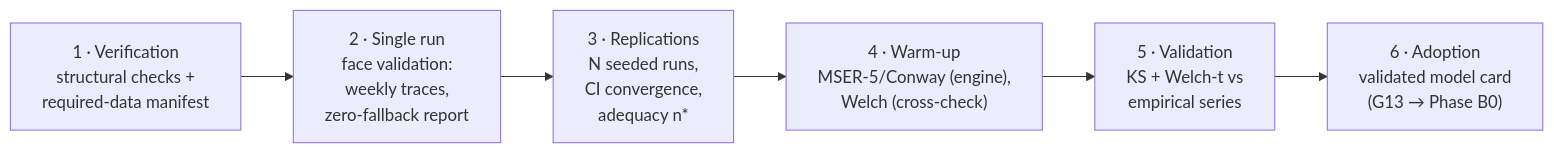
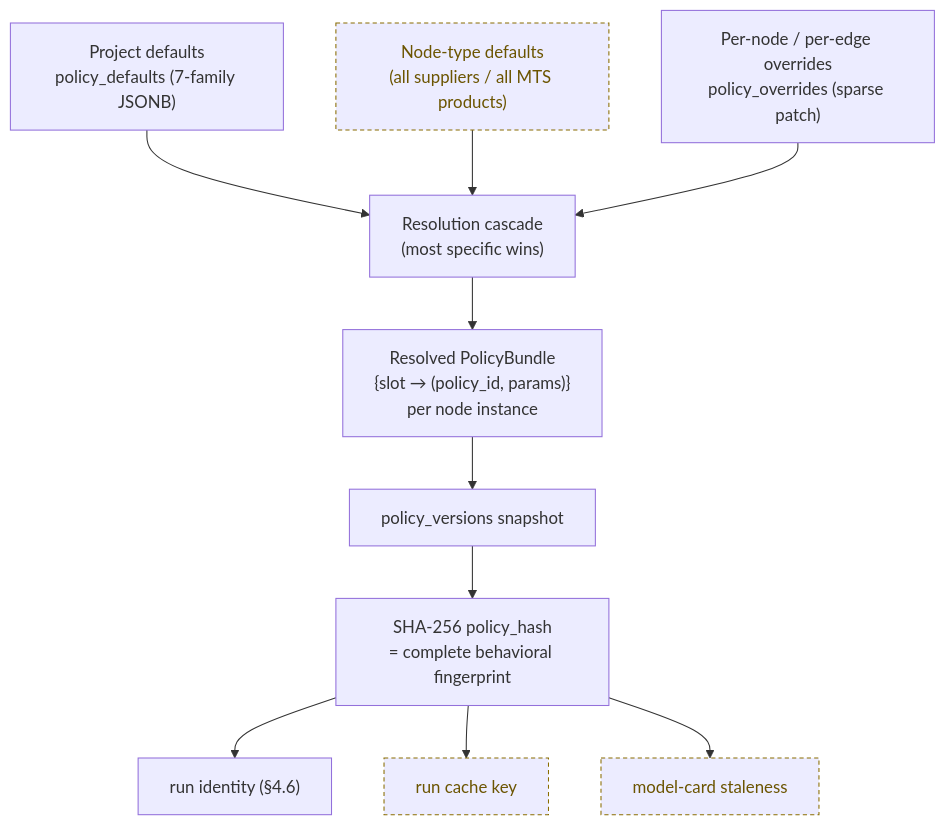
The eighth of 14 diagrams in docs/design/platform-architecture-report.md (suresuite/suresuite-v001-3-f6699a5b), drawn with Mermaid before and after one commit. The commit also changed other lines of this file, not shown here.

````diff
--- a/docs/design/platform-architecture-report.md
+++ b/docs/design/platform-architecture-report.md
@@ -479,10 +612,14 @@
 ```mermaid
-flowchart LR
-    V["1 · Verification\nstructural checks +\nrequired-data manifest"]
-    S["2 · Single run\nface validation:\nweekly traces,\nzero-fallback report"]
-    R["3 · Replications\nN seeded runs,\nCI convergence,\nadequacy n*"]
-    W["4 · Warm-up\nMSER-5/Conway (engine),\nWelch (cross-check)"]
-    T["5 · Validation\nKS + Welch-t vs\nempirical series"]
-    C["6 · Adoption\nvalidated model card\n(G13 → Phase B0)"]
-    V --> S --> R --> W --> T --> C
+flowchart TD
+    L1["Project defaults\npolicy_defaults (7-family JSONB)"] --> RES
+    L2["Node-type defaults\n(all suppliers / all MTS products)"]:::planned --> RES
+    L3["Per-node / per-edge overrides\npolicy_overrides (sparse patch)"] --> RES
+    RES["Resolution cascade\n(most specific wins)"] --> BUNDLE["Resolved PolicyBundle\n{slot → (policy_id, params)}\nper node instance"]
+    BUNDLE --> SNAPV["policy_versions snapshot"]
+    SNAPV --> HASH["SHA-256 policy_hash\n= complete behavioral fingerprint"]
+    HASH --> USE1["run identity (§4.6)"]
+    HASH --> USE2["run cache key"]:::planned
+    HASH --> USE3["model-card staleness"]:::planned
+
+    classDef planned stroke-dasharray:4 3,stroke:#8a6d00,color:#6b5400;
 ```
````
